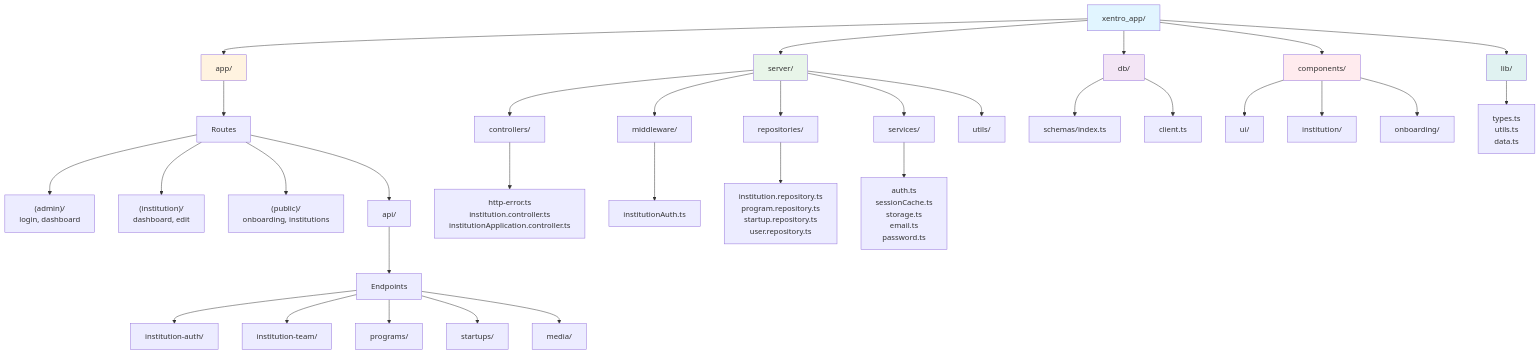
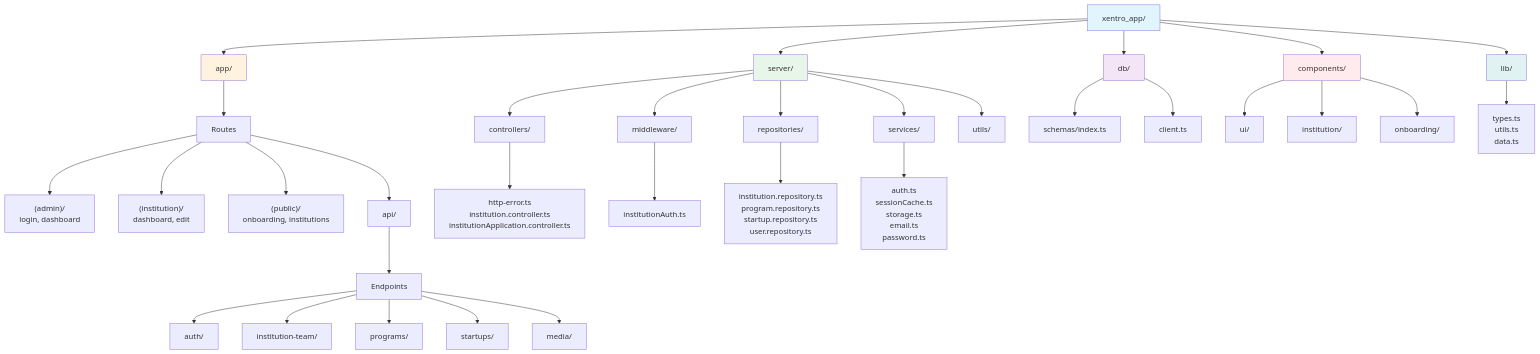
The ninth of 15 diagrams in ARCHITECTURE_DIAGRAMS.md (ss-xentro/xentro-frontend), drawn with Mermaid before and after one commit. The commit also changed other lines of this file and 15 other files, not shown here.

````diff
--- a/ARCHITECTURE_DIAGRAMS.md
+++ b/ARCHITECTURE_DIAGRAMS.md
@@ -499,53 +499,53 @@
 ```mermaid
 graph TD
     Root[xentro_app/]
 
     Root --> App[app/]
     Root --> Server[server/]
     Root --> DB[db/]
     Root --> Components[components/]
     Root --> Lib[lib/]
 
     App --> AppRoutes[Routes]
     AppRoutes --> Admin["(admin)/<br/>login, dashboard"]
     AppRoutes --> Institution["(institution)/<br/>dashboard, edit"]
     AppRoutes --> Public["(public)/<br/>onboarding, institutions"]
     AppRoutes --> API[api/]
 
     API --> APIEndpoints[Endpoints]
-    APIEndpoints --> APIAuth[institution-auth/]
+    APIEndpoints --> APIAuth[auth/]
     APIEndpoints --> APITeam[institution-team/]
     APIEndpoints --> APIPrograms[programs/]
     APIEndpoints --> APIStartups[startups/]
     APIEndpoints --> APIMedia[media/]
 
     Server --> Controllers[controllers/]
     Server --> Middleware[middleware/]
     Server --> Repositories[repositories/]
     Server --> Services[services/]
     Server --> Utils[utils/]
 
     Controllers --> ControllerFiles["http-error.ts<br/>institution.controller.ts<br/>institutionApplication.controller.ts"]
 
     Middleware --> MiddlewareFiles["institutionAuth.ts"]
 
     Repositories --> RepoFiles["institution.repository.ts<br/>program.repository.ts<br/>startup.repository.ts<br/>user.repository.ts"]
 
     Services --> ServiceFiles["auth.ts<br/>sessionCache.ts<br/>storage.ts<br/>email.ts<br/>password.ts"]
 
     DB --> DBSchemas[schemas/index.ts]
     DB --> DBClient[client.ts]
 
     Components --> UIComponents[ui/]
     Components --> InstComponents[institution/]
     Components --> OnboardComponents[onboarding/]
 
     Lib --> LibFiles["types.ts<br/>utils.ts<br/>data.ts"]
 
     style Root fill:#e1f5ff
     style App fill:#fff3e0
     style Server fill:#e8f5e9
     style DB fill:#f3e5f5
     style Components fill:#ffebee
     style Lib fill:#e0f2f1
 ```
````
